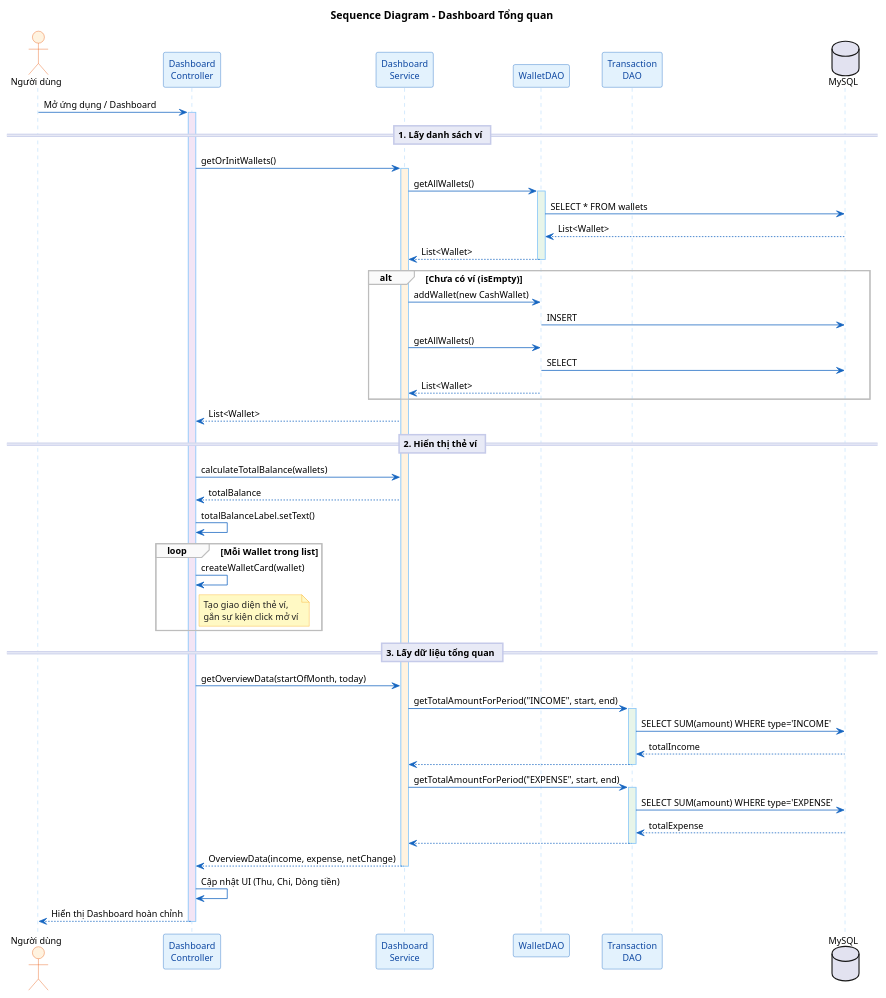
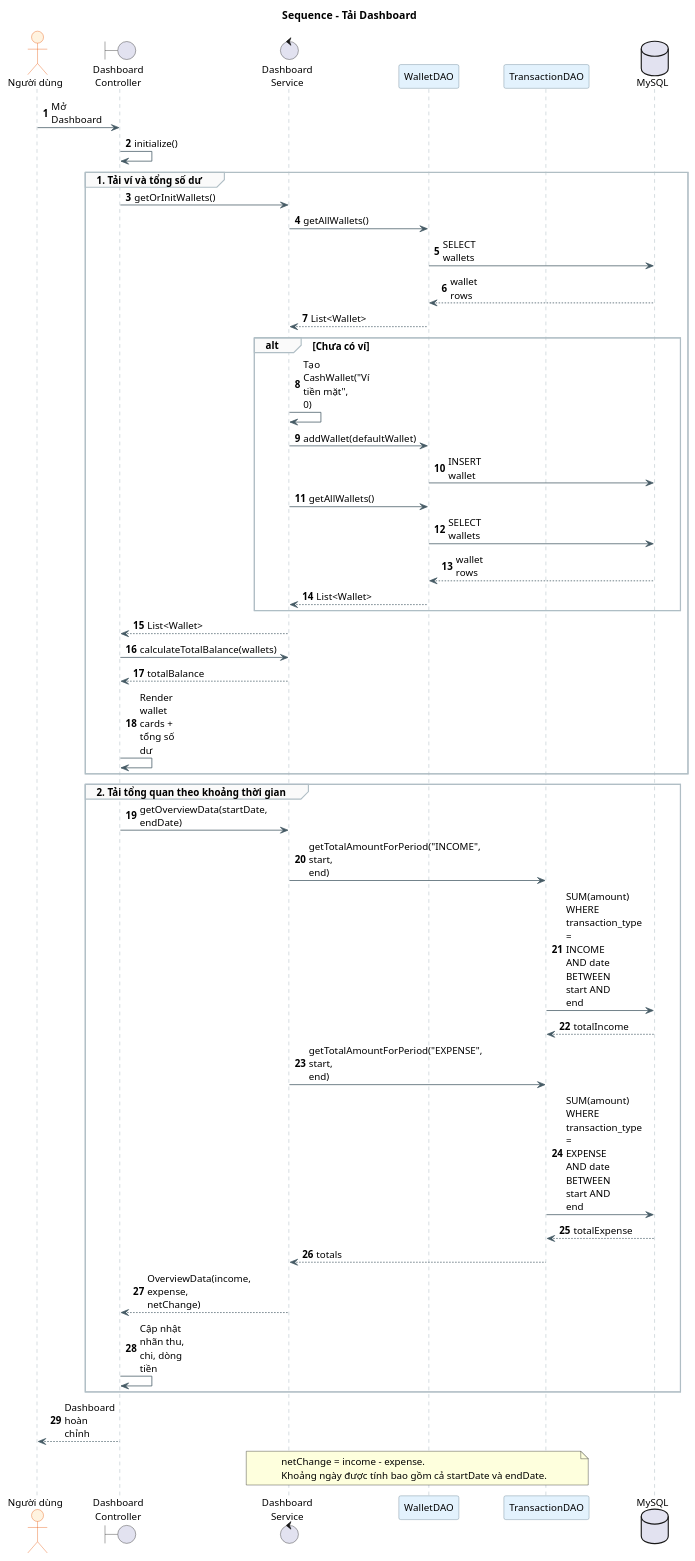
One commit to INT2204-80/OOP_Expenses_Manager changed the diagram in docs/uml/Sequence_Dashboard.puml. Above: the diagram before and after it, drawn with PlantUML. The commit also changed 33 other files, not shown here.

```diff
--- a/docs/uml/Sequence_Dashboard.puml
+++ b/docs/uml/Sequence_Dashboard.puml
@@ -1,102 +1,80 @@
 @startuml Sequence_Dashboard
-' ====== CLEAN LIGHT THEME ======
+
 skinparam backgroundColor white
 skinparam defaultFontName "Segoe UI"
-skinparam defaultFontSize 12
+skinparam defaultFontSize 13
 skinparam shadowing false
-
+skinparam maxMessageSize 60
 skinparam sequence {
-    ArrowColor #1565C0
-    LifeLineBorderColor #90CAF9
-    LifeLineBackgroundColor #F5F5F5
-    ParticipantBorderColor #1565C0
+    ArrowColor #455A64
+    LifeLineBorderColor #90A4AE
+    LifeLineBackgroundColor #FAFAFA
+    ParticipantBorderColor #607D8B
     ParticipantBackgroundColor #E3F2FD
-    ParticipantFontColor #0D47A1
     ActorBorderColor #E65100
     ActorBackgroundColor #FFF3E0
-    DividerBackgroundColor #E8EAF6
-    DividerBorderColor #C5CAE9
     GroupBackgroundColor #FAFAFA
-    GroupBorderColor #BDBDBD
-}
-skinparam note {
-    BackgroundColor #FFF9C4
-    BorderColor #F9A825
-    FontColor #212121
+    GroupBorderColor #B0BEC5
+    ParticipantPadding 25
 }
 
-title Sequence Diagram – Dashboard Tổng quan
+title Sequence - Tải Dashboard
+autonumber
 
 actor "Người dùng" as User
-participant "Dashboard\nController" as DC
-participant "Dashboard\nService" as DS
-participant "WalletDAO" as WDAO
-participant "Transaction\nDAO" as TDAO
+boundary "Dashboard\nController" as Controller
+control "Dashboard\nService" as Service
+participant "WalletDAO" as WalletDAO
+participant "TransactionDAO" as TransactionDAO
 database "MySQL" as DB
 
-User -> DC : Mở ứng dụng / Dashboard
-activate DC #F3E5F5
+User -> Controller : Mở Dashboard
+Controller -> Controller : initialize()
 
-== 1. Lấy danh sách ví ==
+group 1. Tải ví và tổng số dư
+    Controller -> Service : getOrInitWallets()
+    Service -> WalletDAO : getAllWallets()
+    WalletDAO -> DB : SELECT wallets
+    DB --> WalletDAO : wallet rows
+    WalletDAO --> Service : List<Wallet>
 
-DC -> DS : getOrInitWallets()
-activate DS #FFF3E0
+    alt Chưa có ví
+        Service -> Service : Tạo CashWallet("Ví tiền mặt", 0)
+        Service -> WalletDAO : addWallet(defaultWallet)
+        WalletDAO -> DB : INSERT wallet
+        Service -> WalletDAO : getAllWallets()
+        WalletDAO -> DB : SELECT wallets
+        DB --> WalletDAO : wallet rows
+        WalletDAO --> Service : List<Wallet>
+    end
 
-DS -> WDAO : getAllWallets()
-activate WDAO #E8F5E9
-WDAO -> DB : SELECT * FROM wallets
-DB --> WDAO : List<Wallet>
-WDAO --> DS : List<Wallet>
-deactivate WDAO
-
-alt Chưa có ví (isEmpty)
-    DS -> WDAO : addWallet(new CashWallet)
-    WDAO -> DB : INSERT
-    DS -> WDAO : getAllWallets()
-    WDAO -> DB : SELECT
-    WDAO --> DS : List<Wallet>
+    Service --> Controller : List<Wallet>
+    Controller -> Service : calculateTotalBalance(wallets)
+    Service --> Controller : totalBalance
+    Controller -> Controller : Render wallet cards + tổng số dư
 end
 
-DS --> DC : List<Wallet>
+group 2. Tải tổng quan theo khoảng thời gian
+    Controller -> Service : getOverviewData(startDate, endDate)
 
-== 2. Hiển thị thẻ ví ==
+    Service -> TransactionDAO : getTotalAmountForPeriod("INCOME", start, end)
+    TransactionDAO -> DB : SUM(amount) WHERE transaction_type = INCOME\nAND date BETWEEN start AND end
+    DB --> TransactionDAO : totalIncome
 
-DC -> DS : calculateTotalBalance(wallets)
-DS --> DC : totalBalance
-DC -> DC : totalBalanceLabel.setText()
+    Service -> TransactionDAO : getTotalAmountForPeriod("EXPENSE", start, end)
+    TransactionDAO -> DB : SUM(amount) WHERE transaction_type = EXPENSE\nAND date BETWEEN start AND end
+    DB --> TransactionDAO : totalExpense
 
-loop Mỗi Wallet trong list
-    DC -> DC : createWalletCard(wallet)
-    note right of DC
-        Tạo giao diện thẻ ví,
-        gắn sự kiện click mở ví
-    end note
+    TransactionDAO --> Service : totals
+    Service --> Controller : OverviewData(income, expense, netChange)
+    Controller -> Controller : Cập nhật nhãn thu, chi, dòng tiền
 end
 
-== 3. Lấy dữ liệu tổng quan ==
+Controller --> User : Dashboard hoàn chỉnh
 
-DC -> DS : getOverviewData(startOfMonth, today)
-
-DS -> TDAO : getTotalAmountForPeriod("INCOME", start, end)
-activate TDAO #E8F5E9
-TDAO -> DB : SELECT SUM(amount) WHERE type='INCOME'
-DB --> TDAO : totalIncome
-TDAO --> DS
-deactivate TDAO
-
-DS -> TDAO : getTotalAmountForPeriod("EXPENSE", start, end)
-activate TDAO #E8F5E9
-TDAO -> DB : SELECT SUM(amount) WHERE type='EXPENSE'
-DB --> TDAO : totalExpense
-TDAO --> DS
-deactivate TDAO
-
-DS --> DC : OverviewData(income, expense, netChange)
-deactivate DS
-
-DC -> DC : Cập nhật UI (Thu, Chi, Dòng tiền)
-DC --> User : Hiển thị Dashboard hoàn chỉnh
-
-deactivate DC
+note over Service, TransactionDAO
+  netChange = income - expense.
+  Khoảng ngày được tính bao gồm cả startDate và endDate.
+end note
 
 @enduml
```
